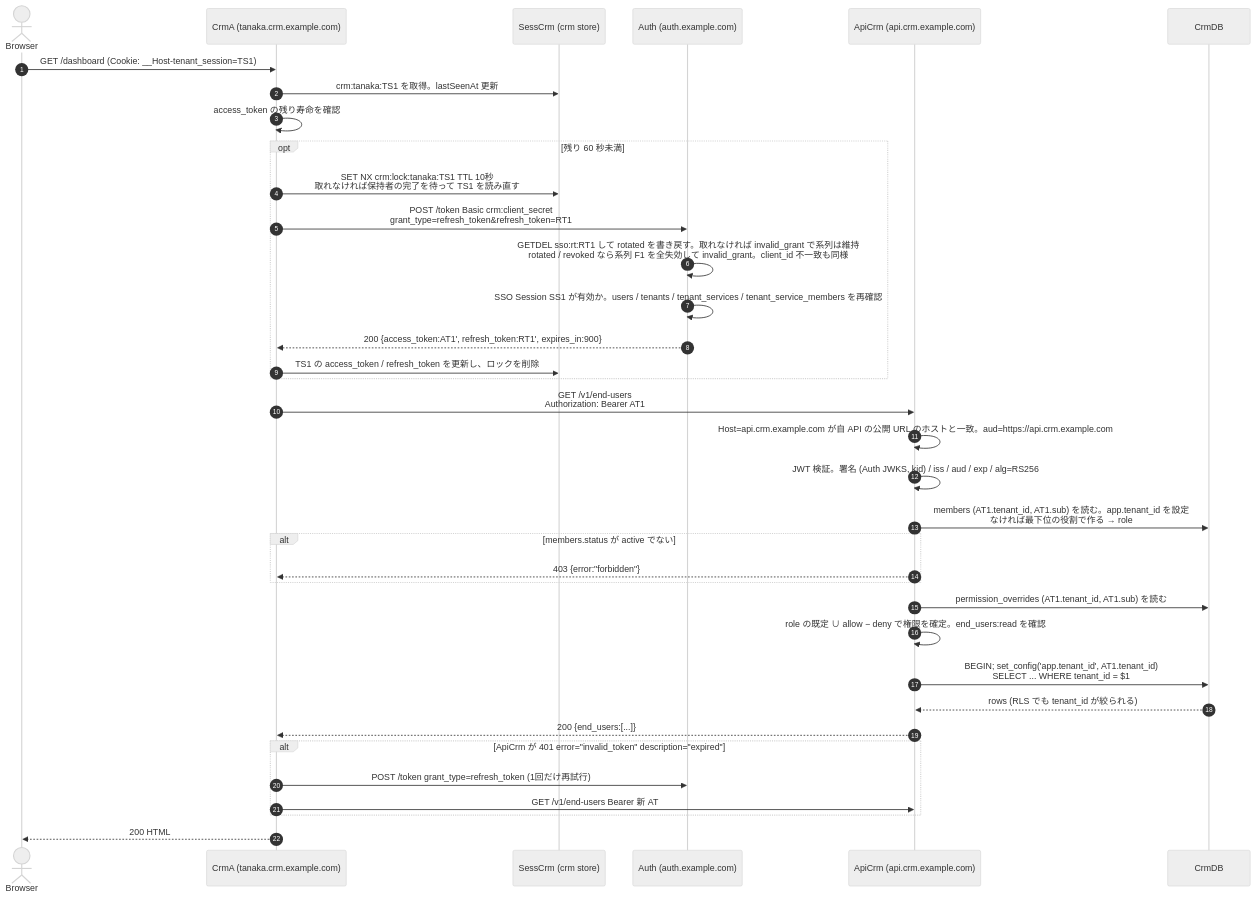
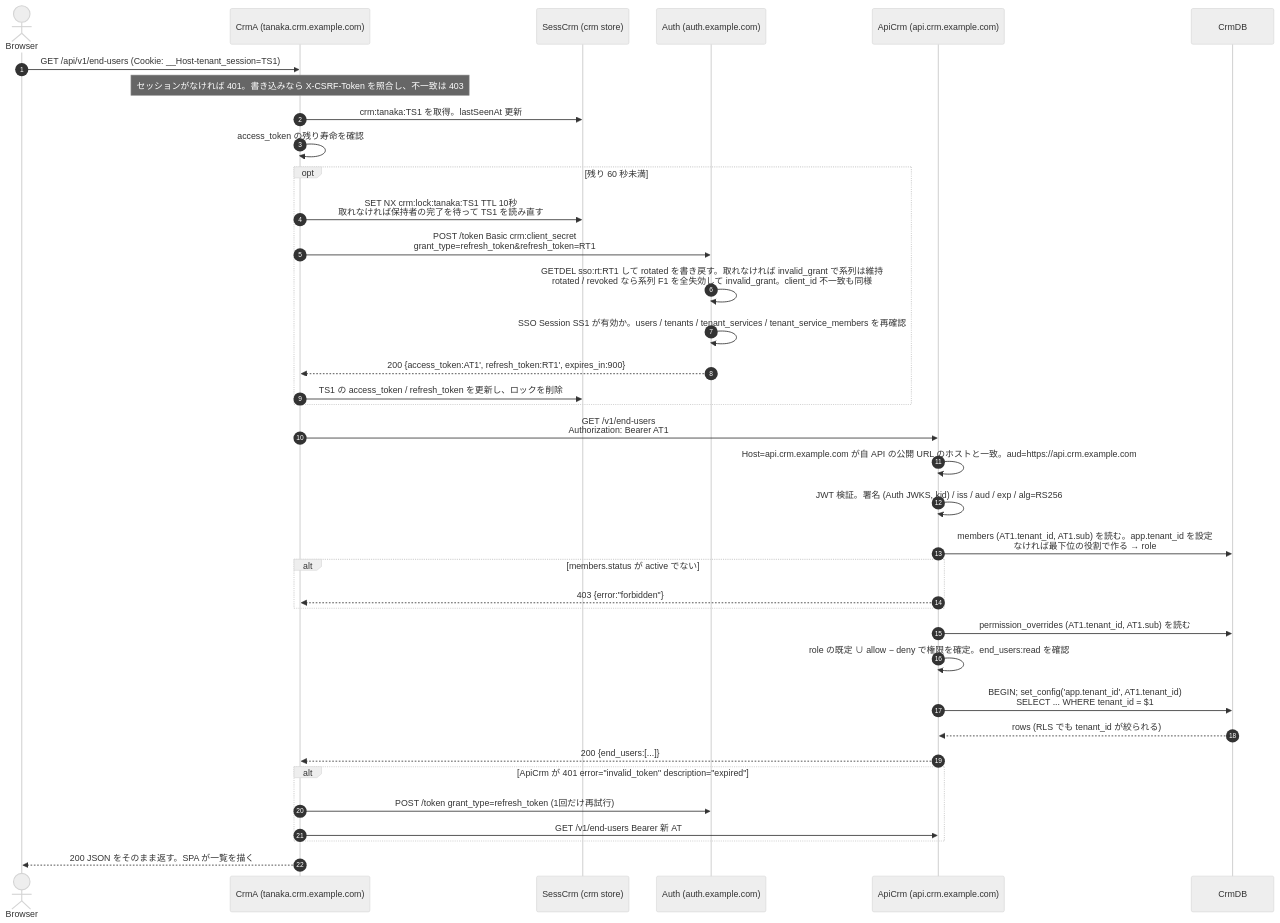
One commit to daisuke-tanabe/multi-domain-sandbox changed the fifth of 11 diagrams in docs/integration-guide.md. Above: the diagram before and after it, drawn with Mermaid (neutral theme). The commit also changed other lines of this file and 82 other files, not shown here.

First line of the commit message:
feat: crm-web と cms-web を React Router v8 の SPA と薄い BFF にする

````diff
--- a/docs/integration-guide.md
+++ b/docs/integration-guide.md
@@ -724,39 +735,40 @@
 ```mermaid
 sequenceDiagram
     autonumber
     actor Browser
     participant CrmA as CrmA (tanaka.crm.example.com)
     participant SessCrm as SessCrm (crm store)
     participant Auth as Auth (auth.example.com)
     participant ApiCrm as ApiCrm (api.crm.example.com)
     participant CrmDB
 
-    Browser->>CrmA: GET /dashboard (Cookie: __Host-tenant_session=TS1)
+    Browser->>CrmA: GET /api/v1/end-users (Cookie: __Host-tenant_session=TS1)
+    Note over CrmA: セッションがなければ 401。書き込みなら X-CSRF-Token を照合し、不一致は 403
     CrmA->>SessCrm: crm:tanaka:TS1 を取得。lastSeenAt 更新
     CrmA->>CrmA: access_token の残り寿命を確認
     opt 残り 60 秒未満
         CrmA->>SessCrm: SET NX crm:lock:tanaka:TS1 TTL 10秒<br/>取れなければ保持者の完了を待って TS1 を読み直す
         CrmA->>Auth: POST /token  Basic crm:client_secret<br/>grant_type=refresh_token&refresh_token=RT1
         Auth->>Auth: GETDEL sso:rt:RT1 して rotated を書き戻す。取れなければ invalid_grant で系列は維持<br/>rotated / revoked なら系列 F1 を全失効して invalid_grant。client_id 不一致も同様
         Auth->>Auth: SSO Session SS1 が有効か。users / tenants / tenant_services / tenant_service_members を再確認
         Auth-->>CrmA: 200 {access_token:AT1', refresh_token:RT1', expires_in:900}
         CrmA->>SessCrm: TS1 の access_token / refresh_token を更新し、ロックを削除
     end
     CrmA->>ApiCrm: GET /v1/end-users<br/>Authorization: Bearer AT1
     ApiCrm->>ApiCrm: Host=api.crm.example.com が自 API の公開 URL のホストと一致。aud=https://api.crm.example.com
     ApiCrm->>ApiCrm: JWT 検証。署名 (Auth JWKS, kid) / iss / aud / exp / alg=RS256
     ApiCrm->>CrmDB: members (AT1.tenant_id, AT1.sub) を読む。app.tenant_id を設定<br/>なければ最下位の役割で作る → role
     alt members.status が active でない
         ApiCrm-->>CrmA: 403 {error:"forbidden"}
     end
     ApiCrm->>CrmDB: permission_overrides (AT1.tenant_id, AT1.sub) を読む
     ApiCrm->>ApiCrm: role の既定 ∪ allow − deny で権限を確定。end_users:read を確認
     ApiCrm->>CrmDB: BEGIN#59; set_config('app.tenant_id', AT1.tenant_id)<br/>SELECT ... WHERE tenant_id = $1
     CrmDB-->>ApiCrm: rows (RLS でも tenant_id が絞られる)
     ApiCrm-->>CrmA: 200 {end_users:[...]}
     alt ApiCrm が 401 error="invalid_token" description="expired"
         CrmA->>Auth: POST /token grant_type=refresh_token (1回だけ再試行)
         CrmA->>ApiCrm: GET /v1/end-users Bearer 新 AT
     end
-    CrmA-->>Browser: 200 HTML
+    CrmA-->>Browser: 200 JSON をそのまま返す。SPA が一覧を描く
 ```
````
